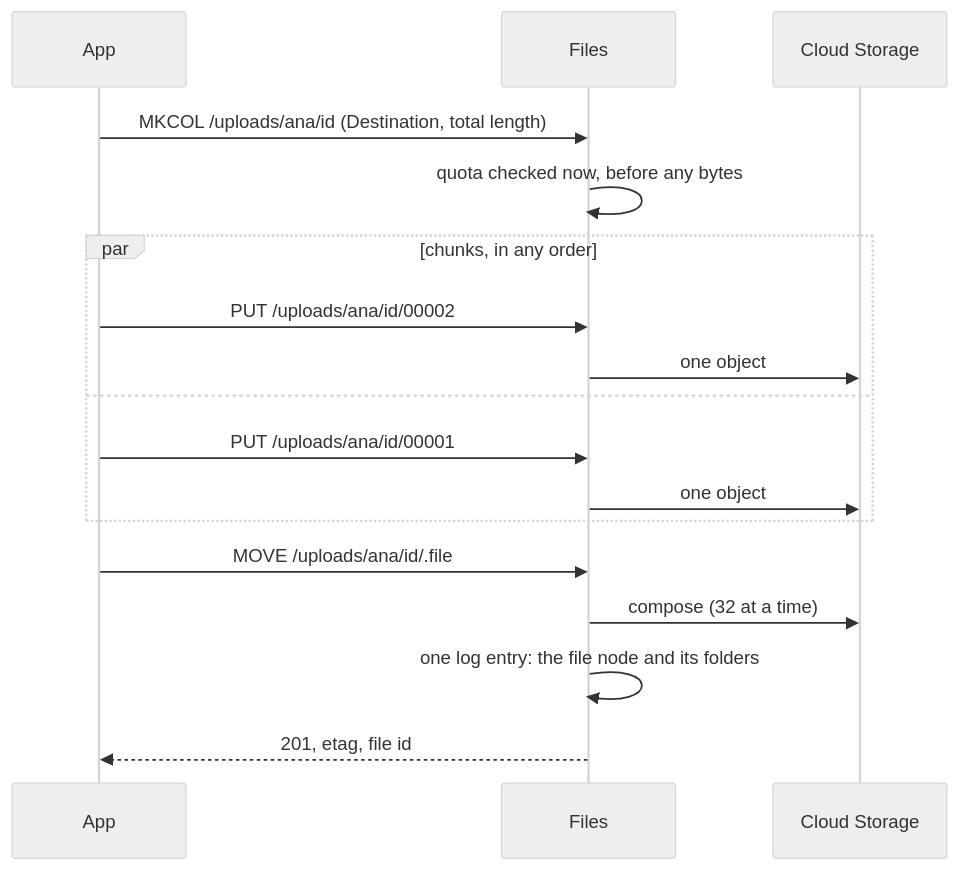
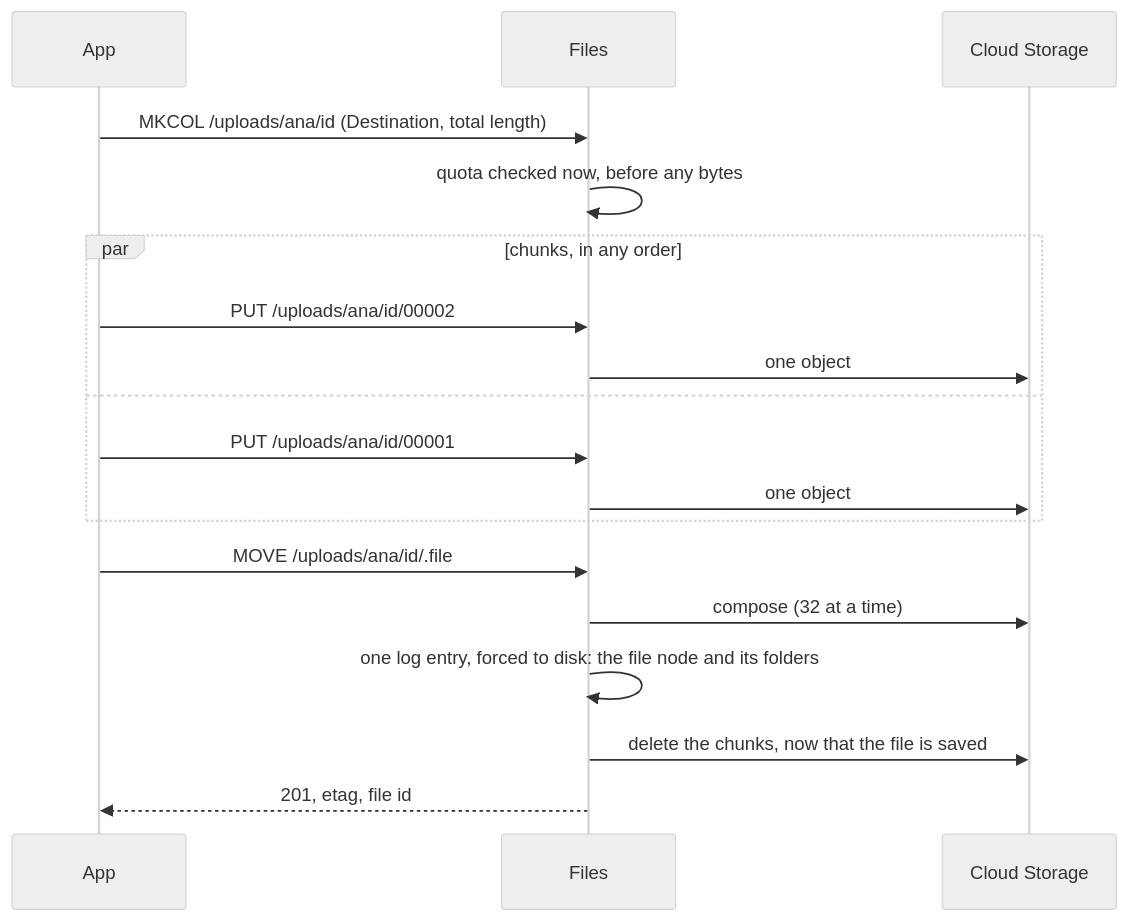
Before and after one commit to russlittle/ZTHR: the fourth of 4 diagrams in files/README.md, drawn with Mermaid (neutral theme). The commit also changed other lines of this file and 60 other files, not shown here.

````diff
--- a/files/README.md
+++ b/files/README.md
@@ -159,19 +161,20 @@
 ```mermaid
 sequenceDiagram
   participant A as App
   participant F as Files
   participant S as Cloud Storage
   A->>F: MKCOL /uploads/ana/id (Destination, total length)
   F->>F: quota checked now, before any bytes
   par chunks, in any order
     A->>F: PUT /uploads/ana/id/00002
     F->>S: one object
   and
     A->>F: PUT /uploads/ana/id/00001
     F->>S: one object
   end
   A->>F: MOVE /uploads/ana/id/.file
   F->>S: compose (32 at a time)
-  F->>F: one log entry: the file node and its folders
+  F->>F: one log entry, forced to disk: the file node and its folders
+  F->>S: delete the chunks, now that the file is saved
   F-->>A: 201, etag, file id
 ```
````
